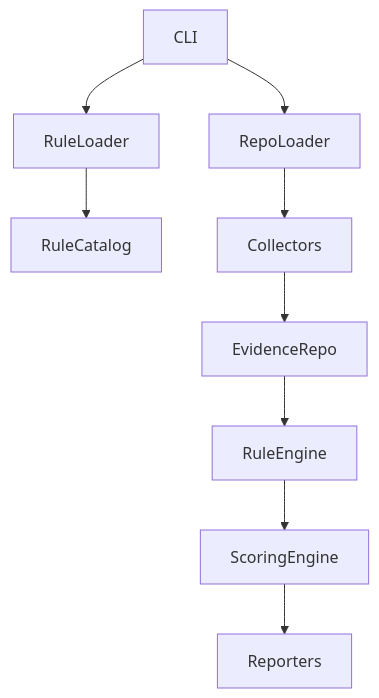
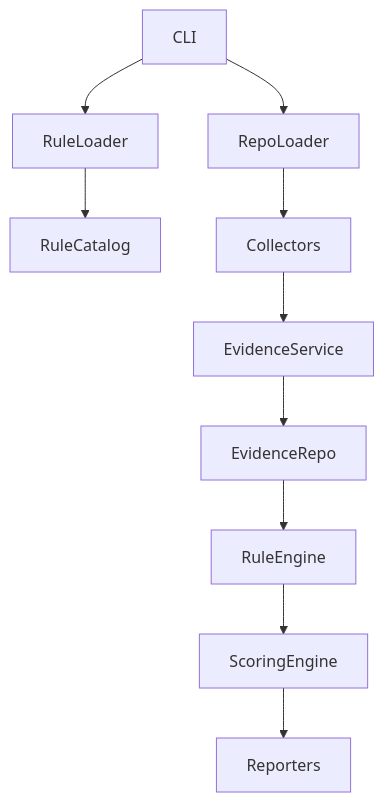
Before and after one commit to deepikasidana89/enterprise-ai-engineering-framework: the diagram in docs/architecture.md, drawn with Mermaid. The commit also changed other lines of this file and 37 other files, not shown here.

````diff
--- a/docs/architecture.md
+++ b/docs/architecture.md
@@ -25,11 +28,12 @@
 ```mermaid
 flowchart TD
   CLI --> RepoLoader
   CLI --> RuleLoader
   RuleLoader --> RuleCatalog
   RepoLoader --> Collectors
-  Collectors --> EvidenceRepo
+  Collectors --> EvidenceService
+  EvidenceService --> EvidenceRepo
   EvidenceRepo --> RuleEngine
   RuleEngine --> ScoringEngine
   ScoringEngine --> Reporters
 ```
````
